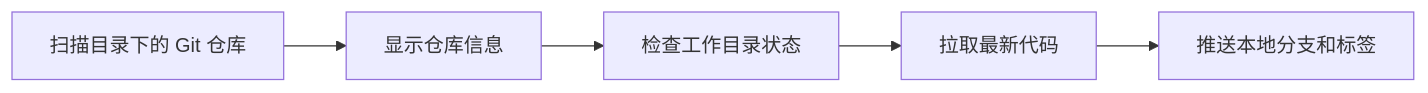
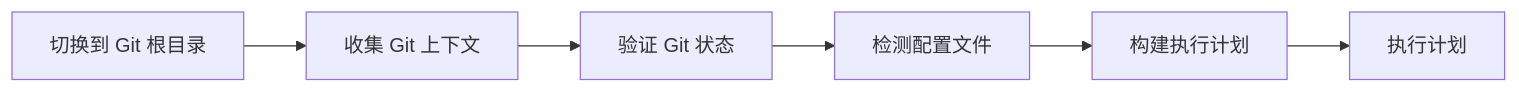
Before and after one commit to Jeanhwea/project-manager-app: the third of 8 diagrams in docs/architecture.md, drawn with Mermaid. The commit also changed other lines of this file, not shown here.

First line of the commit message:
docs(architecture): 更新架构文档以反映最新五层架构设计

````diff
--- a/docs/architecture.md
+++ b/docs/architecture.md
@@ -124,7 +162,8 @@
 ```mermaid
 flowchart LR
-    A[扫描目录下的 Git 仓库] --> B[显示仓库信息]
-    B --> C[检查工作目录状态]
-    C --> D[拉取最新代码]
-    D --> E[推送本地分支和标签]
+    A[切换到 Git 根目录] --> B[收集 Git 上下文]
+    B --> C[验证 Git 状态]
+    C --> D[检测配置文件]
+    D --> E[构建执行计划]
+    E --> F[执行计划]
 ```
````
